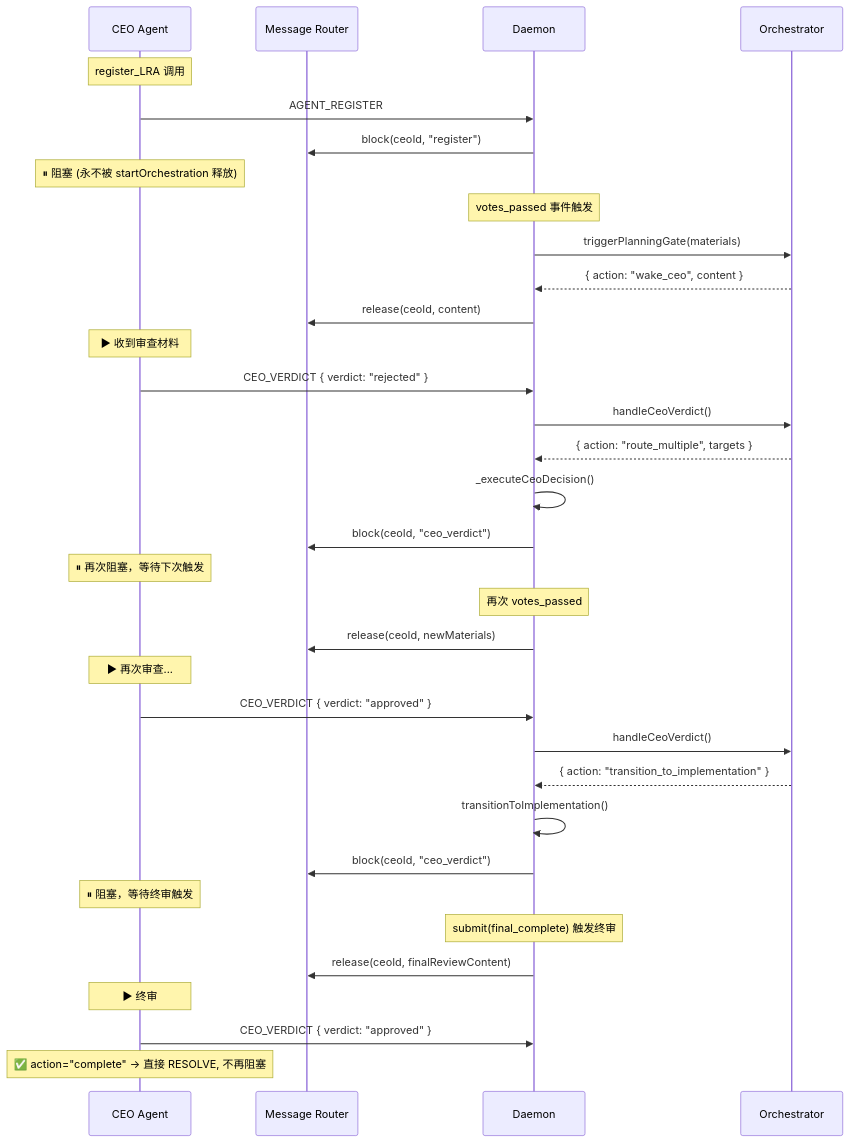
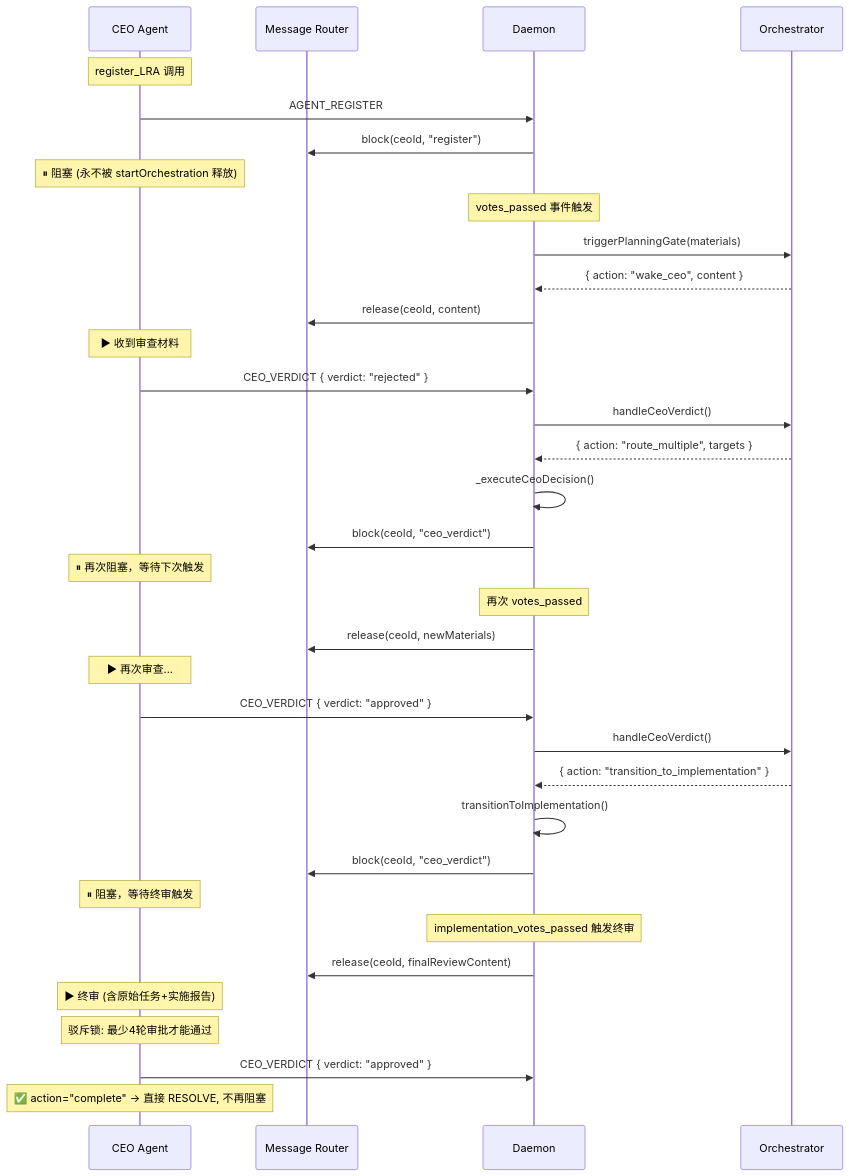
One commit to isWittHere/my-last-feedback changed the sixth of 10 diagrams in .myLastChat/MLC_MLRA编排流程完整分析.md. Above: the diagram before and after it, drawn with Mermaid. The commit also changed other lines of this file and 14 other files, not shown here.

````diff
--- a/.myLastChat/MLC_MLRA编排流程完整分析.md
+++ b/.myLastChat/MLC_MLRA编排流程完整分析.md
@@ -140,42 +171,43 @@
 ```mermaid
 sequenceDiagram
     participant CEO as CEO Agent
     participant Router as Message Router
     participant Daemon as Daemon
     participant Orch as Orchestrator
 
     Note over CEO: register_LRA 调用
     CEO->>Daemon: AGENT_REGISTER
     Daemon->>Router: block(ceoId, "register")
     Note over CEO: ⏸ 阻塞 (永不被 startOrchestration 释放)
 
     Note over Daemon: votes_passed 事件触发
     Daemon->>Orch: triggerPlanningGate(materials)
     Orch-->>Daemon: { action: "wake_ceo", content }
     Daemon->>Router: release(ceoId, content)
     Note over CEO: ▶ 收到审查材料
 
     CEO->>Daemon: CEO_VERDICT { verdict: "rejected" }
     Daemon->>Orch: handleCeoVerdict()
     Orch-->>Daemon: { action: "route_multiple", targets }
     Daemon->>Daemon: _executeCeoDecision()
     Daemon->>Router: block(ceoId, "ceo_verdict")
     Note over CEO: ⏸ 再次阻塞，等待下次触发
 
     Note over Daemon: 再次 votes_passed
     Daemon->>Router: release(ceoId, newMaterials)
     Note over CEO: ▶ 再次审查...
 
     CEO->>Daemon: CEO_VERDICT { verdict: "approved" }
     Daemon->>Orch: handleCeoVerdict()
     Orch-->>Daemon: { action: "transition_to_implementation" }
     Daemon->>Daemon: transitionToImplementation()
     Daemon->>Router: block(ceoId, "ceo_verdict")
     Note over CEO: ⏸ 阻塞，等待终审触发
 
-    Note over Daemon: submit(final_complete) 触发终审
+    Note over Daemon: implementation_votes_passed 触发终审
     Daemon->>Router: release(ceoId, finalReviewContent)
-    Note over CEO: ▶ 终审
+    Note over CEO: ▶ 终审 (含原始任务+实施报告)
+    Note over CEO: 驳斥锁: 最少4轮审批才能通过
     CEO->>Daemon: CEO_VERDICT { verdict: "approved" }
     Note over CEO: ✅ action="complete" → 直接 RESOLVE, 不再阻塞
 ```
````
